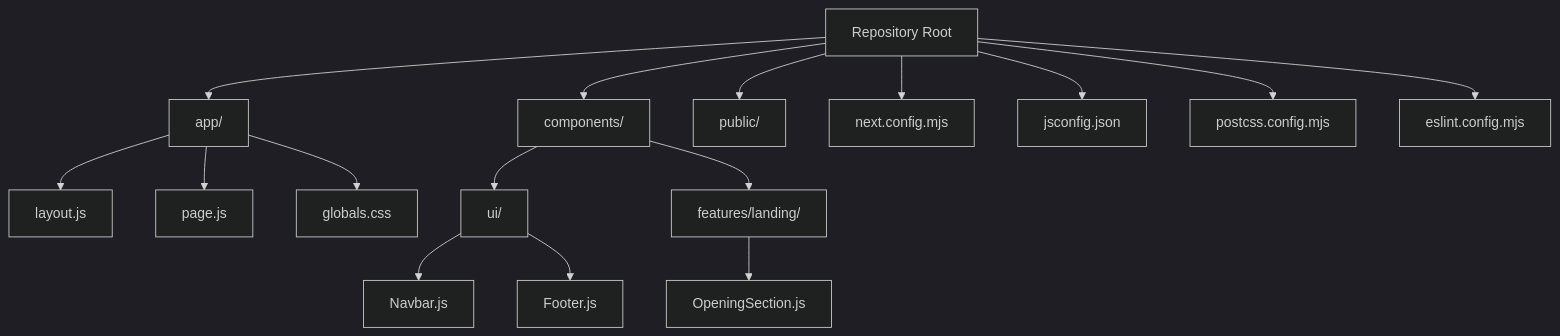
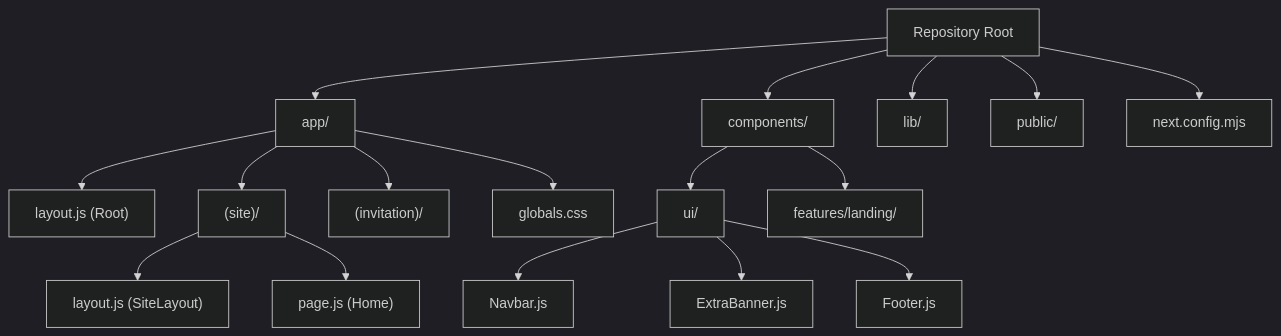
Before and after one commit to algorithmsEvolve/momentoclient-fe: the diagram in docs/en/content/Getting Started.md, drawn with Mermaid (dark theme). The commit also changed other lines of this file and 14 other files, not shown here.

````diff
--- a/docs/en/content/Getting Started.md
+++ b/docs/en/content/Getting Started.md
@@ -107,18 +111,19 @@
 ```mermaid
 graph TB
 A["Repository Root"] --> B["app/"]
 A --> C["components/"]
-A --> D["public/"]
-A --> E["next.config.mjs"]
-A --> F["jsconfig.json"]
-A --> G["postcss.config.mjs"]
-A --> H["eslint.config.mjs"]
-B --> B1["layout.js"]
-B --> B2["page.js"]
-B --> B3["globals.css"]
+A --> D["lib/"]
+A --> E["public/"]
+A --> F["next.config.mjs"]
+B --> B1["layout.js (Root)"]
+B --> B2["(site)/"]
+B --> B3["(invitation)/"]
+B --> B4["globals.css"]
+B2 --> B2a["layout.js (SiteLayout)"]
+B2 --> B2b["page.js (Home)"]
 C --> C1["ui/"]
 C --> C2["features/landing/"]
 C1 --> C1a["Navbar.js"]
-C1 --> C1b["Footer.js"]
-C2 --> C2a["OpeningSection.js"]
+C1 --> C1b["ExtraBanner.js"]
+C1 --> C1c["Footer.js"]
 ```
````
